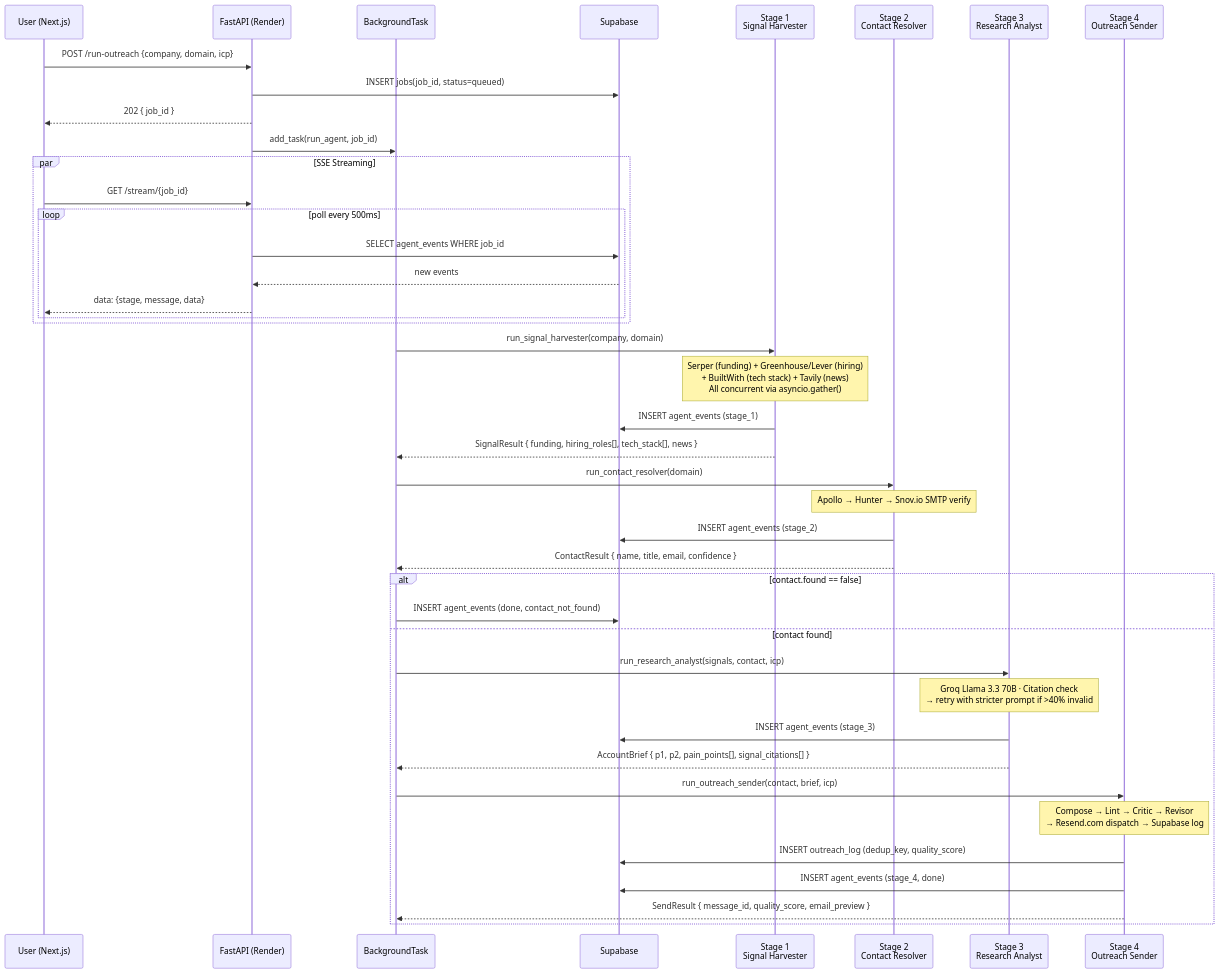
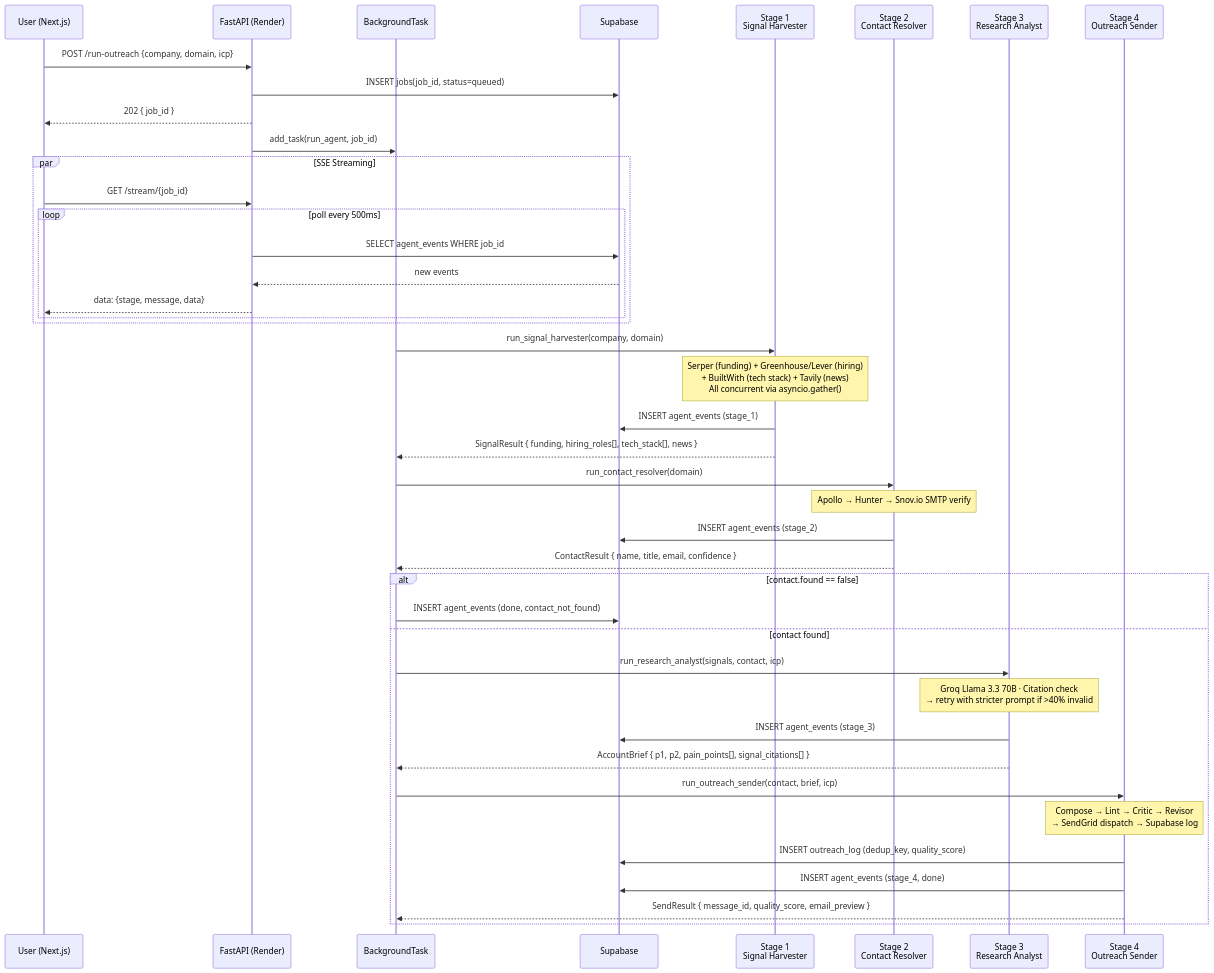
Before and after one commit to ADIkaprojects/FireReach2: the diagram in DOCS.md, drawn with Mermaid. The commit also changed other lines of this file and 29 other files, not shown here.

````diff
--- a/DOCS.md
+++ b/DOCS.md
@@ -13,50 +13,50 @@
 ```mermaid
 sequenceDiagram
     participant U as User (Next.js)
     participant API as FastAPI (Render)
     participant BG as BackgroundTask
     participant SB as Supabase
     participant S1 as Stage 1<br/>Signal Harvester
     participant S2 as Stage 2<br/>Contact Resolver
     participant S3 as Stage 3<br/>Research Analyst
     participant S4 as Stage 4<br/>Outreach Sender
 
     U->>API: POST /run-outreach {company, domain, icp}
     API->>SB: INSERT jobs(job_id, status=queued)
     API-->>U: 202 { job_id }
     API->>BG: add_task(run_agent, job_id)
 
     par SSE Streaming
         U->>API: GET /stream/{job_id}
         loop poll every 500ms
             API->>SB: SELECT agent_events WHERE job_id
             SB-->>API: new events
             API-->>U: data: {stage, message, data}
         end
     end
 
     BG->>S1: run_signal_harvester(company, domain)
     Note over S1: Serper (funding) + Greenhouse/Lever (hiring)<br/>+ BuiltWith (tech stack) + Tavily (news)<br/>All concurrent via asyncio.gather()
     S1->>SB: INSERT agent_events (stage_1)
     S1-->>BG: SignalResult { funding, hiring_roles[], tech_stack[], news }
 
     BG->>S2: run_contact_resolver(domain)
     Note over S2: Apollo → Hunter → Snov.io SMTP verify
     S2->>SB: INSERT agent_events (stage_2)
     S2-->>BG: ContactResult { name, title, email, confidence }
 
     alt contact.found == false
         BG->>SB: INSERT agent_events (done, contact_not_found)
     else contact found
         BG->>S3: run_research_analyst(signals, contact, icp)
         Note over S3: Groq Llama 3.3 70B · Citation check<br/>→ retry with stricter prompt if >40% invalid
         S3->>SB: INSERT agent_events (stage_3)
         S3-->>BG: AccountBrief { p1, p2, pain_points[], signal_citations[] }
 
         BG->>S4: run_outreach_sender(contact, brief, icp)
-        Note over S4: Compose → Lint → Critic → Revisor<br/>→ Resend.com dispatch → Supabase log
+        Note over S4: Compose → Lint → Critic → Revisor<br/>→ SendGrid dispatch → Supabase log
         S4->>SB: INSERT outreach_log (dedup_key, quality_score)
         S4->>SB: INSERT agent_events (stage_4, done)
         S4-->>BG: SendResult { message_id, quality_score, email_preview }
     end
 ```
````
